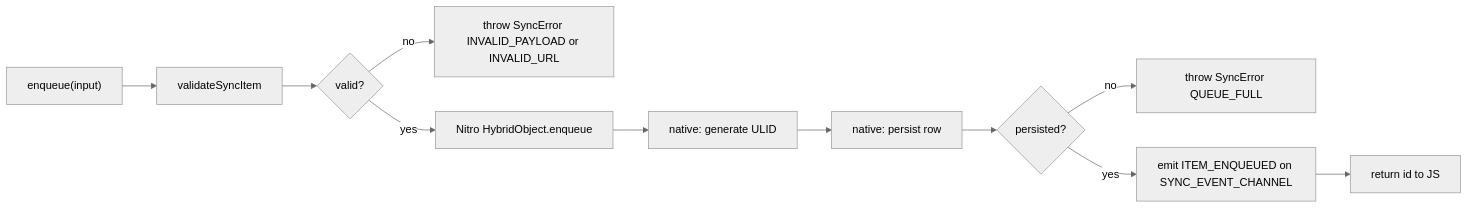
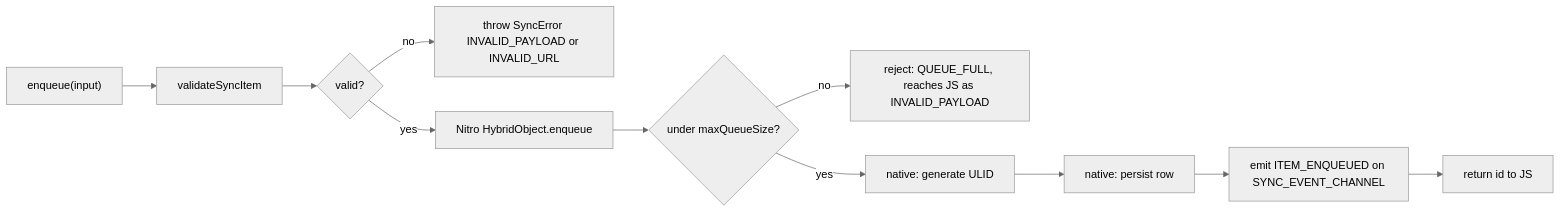
One commit to gabriel-sisjr/react-native-sync-provider changed the second of 6 diagrams in website/docs/architecture/data-flow.md. Above: the diagram before and after it, drawn with Mermaid (neutral theme). The commit also changed other lines of this file and 62 other files, not shown here.

````diff
--- a/website/docs/architecture/data-flow.md
+++ b/website/docs/architecture/data-flow.md
@@ -51,13 +51,13 @@
 ```mermaid
 flowchart LR
     A["enqueue(input)"] --> B[validateSyncItem]
     B --> C{valid?}
     C -- no --> D[throw SyncError INVALID_PAYLOAD or INVALID_URL]
     C -- yes --> E[Nitro HybridObject.enqueue]
-    E --> F[native: generate ULID]
+    E --> H{under maxQueueSize?}
+    H -- no --> I[reject: QUEUE_FULL, reaches JS as INVALID_PAYLOAD]
+    H -- yes --> F[native: generate ULID]
     F --> G[native: persist row]
-    G --> H{persisted?}
-    H -- no --> I[throw SyncError QUEUE_FULL]
-    H -- yes --> J[emit ITEM_ENQUEUED on SYNC_EVENT_CHANNEL]
+    G --> J[emit ITEM_ENQUEUED on SYNC_EVENT_CHANNEL]
     J --> K[return id to JS]
 ```
````
